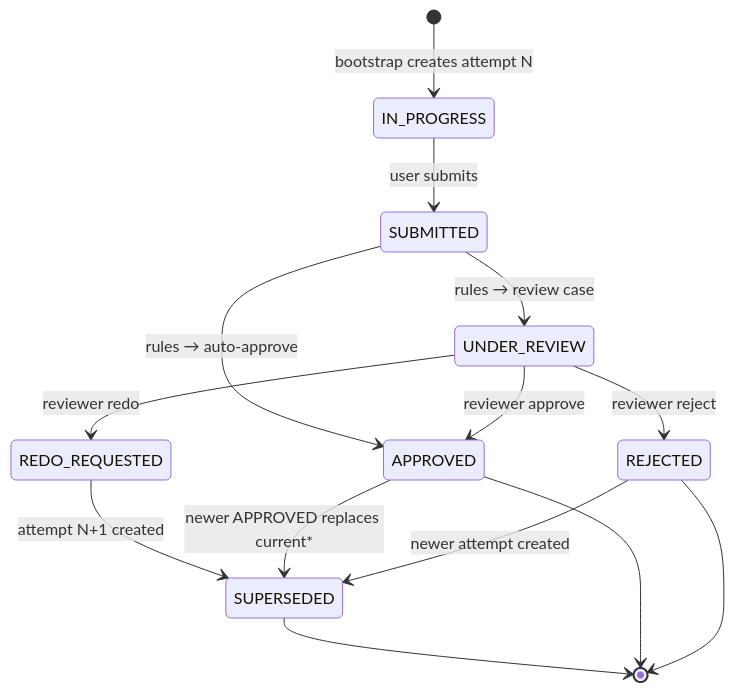
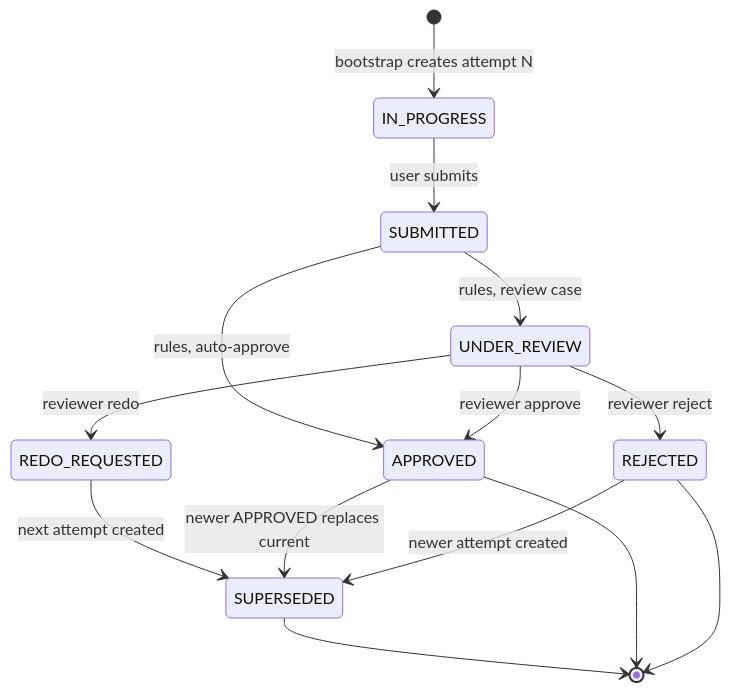
Diagram 13 of 15 in docs/02-architecture-diagrams.md (kevzo8/cps-272), drawn with Mermaid before and after one commit. The commit also changed other lines of this file, not shown here.

Commit message:
Fix mermaid state labels: no colons, arrows, or markers in edge text

````diff
--- a/docs/02-architecture-diagrams.md
+++ b/docs/02-architecture-diagrams.md
@@ -329,16 +329,16 @@
 ```mermaid
 stateDiagram-v2
     [*] --> IN_PROGRESS: bootstrap creates attempt N
     IN_PROGRESS --> SUBMITTED: user submits
-    SUBMITTED --> UNDER_REVIEW: rules → review case
-    SUBMITTED --> APPROVED: rules → auto-approve
+    SUBMITTED --> UNDER_REVIEW: rules, review case
+    SUBMITTED --> APPROVED: rules, auto-approve
     UNDER_REVIEW --> APPROVED: reviewer approve
     UNDER_REVIEW --> REDO_REQUESTED: reviewer redo
     UNDER_REVIEW --> REJECTED: reviewer reject
-    REDO_REQUESTED --> SUPERSEDED: attempt N+1 created
-    APPROVED --> SUPERSEDED: newer APPROVED replaces current*
+    REDO_REQUESTED --> SUPERSEDED: next attempt created
+    APPROVED --> SUPERSEDED: newer APPROVED replaces current
     REJECTED --> SUPERSEDED: newer attempt created
     SUPERSEDED --> [*]
     APPROVED --> [*]
     REJECTED --> [*]
 ```
````
